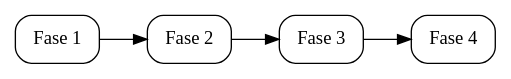
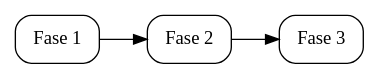
The diagram in docs/dominios/professores/ordem_carga.md (prefeiturasp/SME-IntegracaoEOL-MS-ETL), drawn with Graphviz before and after one commit. The commit also changed other lines of this file and 33 other files, not shown here.

````diff
--- a/docs/dominios/professores/ordem_carga.md
+++ b/docs/dominios/professores/ordem_carga.md
@@ -40,13 +28,12 @@
 ```{graphviz}
 digraph G {
     rankdir=LR;
     node [shape=box, style="rounded"];
 
     F1 [label="Fase 1"];
     F2 [label="Fase 2"];
     F3 [label="Fase 3"];
-    F4 [label="Fase 4"];
 
-    F1 -> F2 -> F3 -> F4;
+    F1 -> F2 -> F3;
 }
 ```
````
